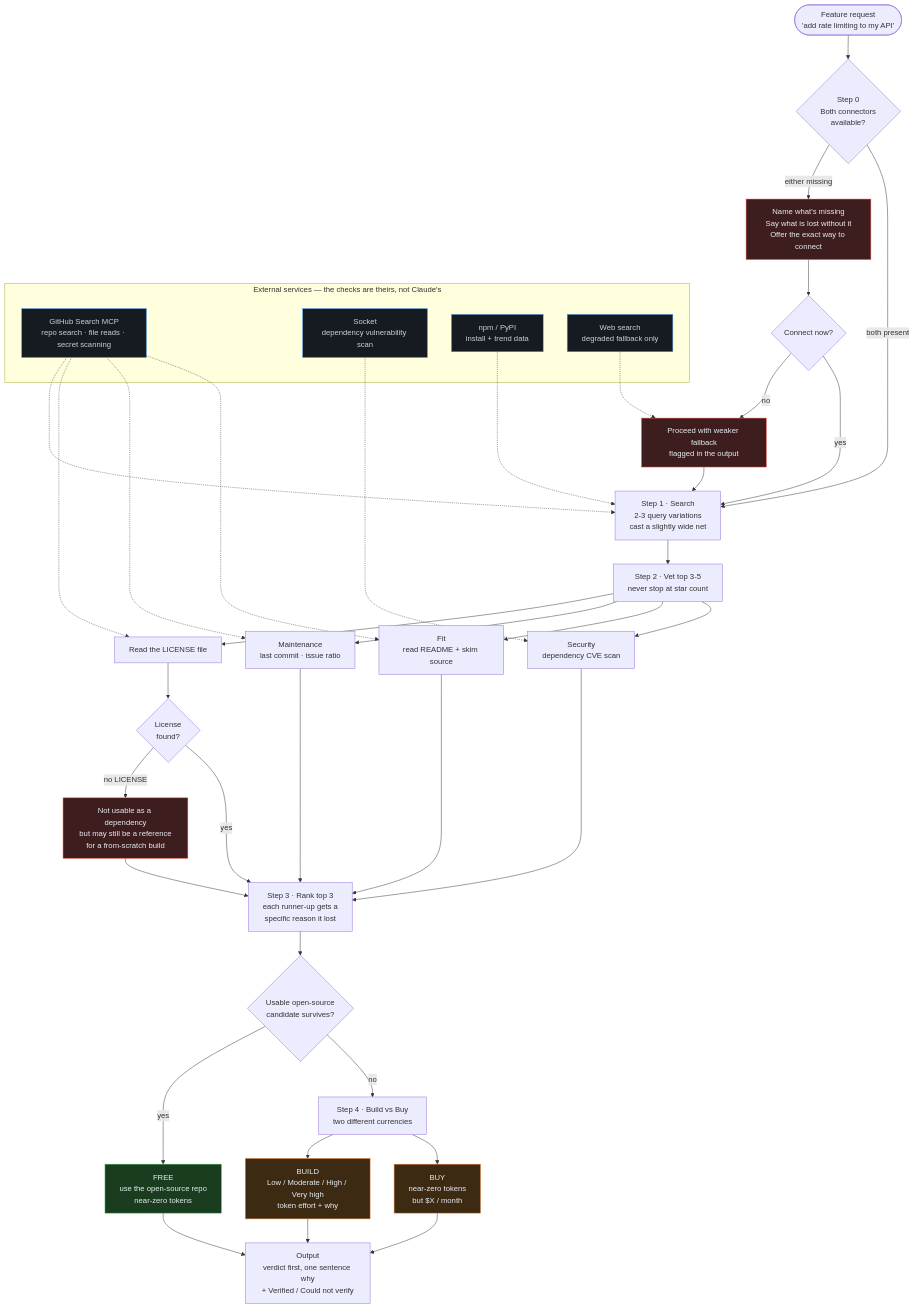
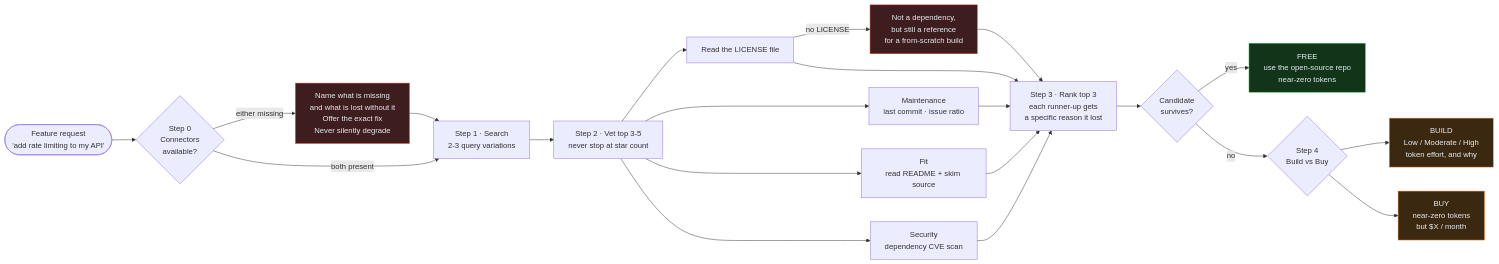
One commit to Emanuelel/dont-reinvent changed the diagram in README.md. Above: the diagram before and after it, drawn with Mermaid. The commit also changed other lines of this file, not shown here.

Commit message:
Reorient decision diagram to LR so the verdicts are not clipped by GitHub's mermaid viewport

````diff
--- a/README.md
+++ b/README.md
@@ -67,66 +65,37 @@
 ```mermaid
-flowchart TD
+flowchart LR
     START(["Feature request<br/>'add rate limiting to my API'"]) --> S0
 
-    S0{"Step 0<br/>Both connectors<br/>available?"}
-    S0 -- "either missing" --> WARN["Name what's missing<br/>Say what is lost without it<br/>Offer the exact way to connect"]
-    WARN --> ASK{"Connect now?"}
-    ASK -- "no" --> DEGRADE["Proceed with weaker fallback<br/>flagged in the output"]
-    ASK -- "yes" --> S1
-    DEGRADE --> S1
+    S0{"Step 0<br/>Connectors<br/>available?"}
+    S0 -- "either missing" --> WARN["Name what is missing<br/>and what is lost without it<br/>Offer the exact fix<br/>Never silently degrade"]
+    WARN --> S1
     S0 -- "both present" --> S1
 
-    S1["Step 1 · Search<br/>2-3 query variations<br/>cast a slightly wide net"]
-    S1 --> S2["Step 2 · Vet top 3-5<br/>never stop at star count"]
+    S1["Step 1 · Search<br/>2-3 query variations"] --> S2["Step 2 · Vet top 3-5<br/>never stop at star count"]
 
     S2 --> V1["Read the LICENSE file"]
     S2 --> V2["Maintenance<br/>last commit · issue ratio"]
     S2 --> V3["Fit<br/>read README + skim source"]
     S2 --> V4["Security<br/>dependency CVE scan"]
 
-    V1 --> LIC{"License<br/>found?"}
-    LIC -- "no LICENSE" --> NOLIC["Not usable as a dependency<br/>but may still be a reference<br/>for a from-scratch build"]
-    LIC -- "yes" --> S3
+    V1 -- "no LICENSE" --> NOLIC["Not a dependency,<br/>but still a reference<br/>for a from-scratch build"]
+    V1 --> S3
     V2 --> S3
     V3 --> S3
     V4 --> S3
     NOLIC --> S3
 
-    S3["Step 3 · Rank top 3<br/>each runner-up gets a<br/>specific reason it lost"]
-    S3 --> USABLE{"Usable open-source<br/>candidate survives?"}
+    S3["Step 3 · Rank top 3<br/>each runner-up gets<br/>a specific reason it lost"] --> USABLE{"Candidate<br/>survives?"}
 
     USABLE -- "yes" --> FREE["FREE<br/>use the open-source repo<br/>near-zero tokens"]
-    USABLE -- "no" --> S4["Step 4 · Build vs Buy<br/>two different currencies"]
-    S4 --> BUILD["BUILD<br/>Low / Moderate / High / Very high<br/>token effort + why"]
+    USABLE -- "no" --> S4{"Step 4<br/>Build vs Buy"}
+    S4 --> BUILD["BUILD<br/>Low / Moderate / High<br/>token effort, and why"]
     S4 --> BUY["BUY<br/>near-zero tokens<br/>but $X / month"]
 
-    FREE --> OUT
-    BUILD --> OUT
-    BUY --> OUT
-    OUT["Output<br/>verdict first, one sentence why<br/>+ Verified / Could not verify"]
-
-    subgraph SVC ["External services — the checks are theirs, not Claude's"]
-        GH["GitHub Search MCP<br/>repo search · file reads · secret scanning"]
-        SOCKET["Socket<br/>dependency vulnerability scan"]
-        REG["npm / PyPI<br/>install + trend data"]
-        WEB["Web search<br/>degraded fallback only"]
-    end
-
-    GH -.-> S1
-    REG -.-> S1
-    WEB -.-> DEGRADE
-    GH -.-> V1
-    GH -.-> V2
-    GH -.-> V3
-    SOCKET -.-> V4
-
-    classDef verdict fill:#1a3d1f,stroke:#3fb950,color:#e6edf3
-    classDef build fill:#3d2a12,stroke:#f0883e,color:#e6edf3
+    classDef verdict fill:#12351a,stroke:#3fb950,color:#e6edf3
+    classDef alt fill:#3a2810,stroke:#f0883e,color:#e6edf3
     classDef warn fill:#3d1d1d,stroke:#f85149,color:#e6edf3
-    classDef svc fill:#161b22,stroke:#58a6ff,color:#c9d1d9
-
     class FREE verdict
-    class BUILD,BUY build
-    class WARN,DEGRADE,NOLIC warn
-    class GH,SOCKET,REG,WEB svc
+    class BUILD,BUY alt
+    class WARN,NOLIC warn
 ```
````
